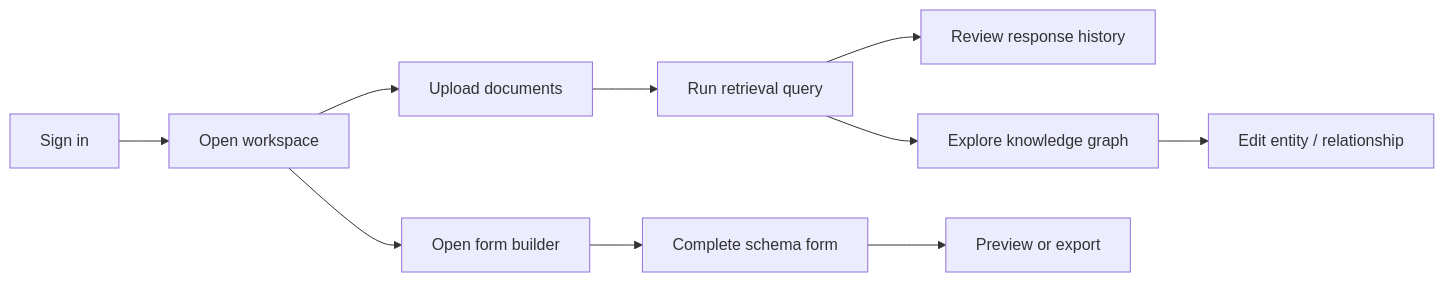
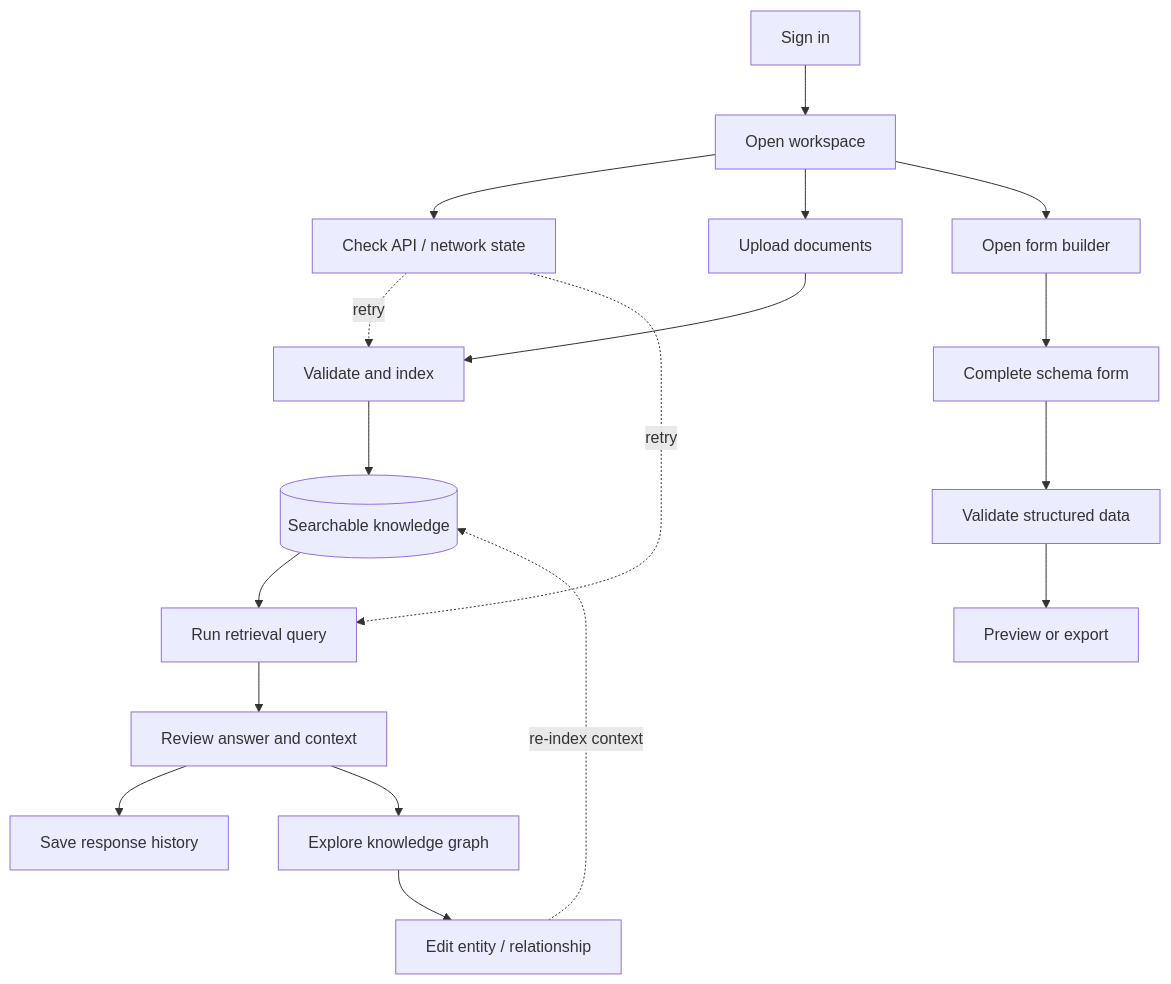
Before and after one commit to kajolmehra/nexus: the diagram in docs/USER-FLOWS.md, drawn with Mermaid. The commit also changed other lines of this file and 1 other file, not shown here.

````diff
--- a/docs/USER-FLOWS.md
+++ b/docs/USER-FLOWS.md
@@ -3,12 +3,20 @@
 ```mermaid
-flowchart LR
+flowchart TB
     SignIn[Sign in] --> Workspace[Open workspace]
+    Workspace --> Health[Check API / network state]
     Workspace --> Upload[Upload documents]
-    Upload --> Retrieve[Run retrieval query]
-    Retrieve --> History[Review response history]
-    Retrieve --> Explore[Explore knowledge graph]
+    Upload --> Validate[Validate and index]
+    Validate --> Knowledge[(Searchable knowledge)]
+    Knowledge --> Retrieve[Run retrieval query]
+    Retrieve --> Answer[Review answer and context]
+    Answer --> History[Save response history]
+    Answer --> Explore[Explore knowledge graph]
     Explore --> Update[Edit entity / relationship]
+    Update -. re-index context .-> Knowledge
     Workspace --> Builder[Open form builder]
     Builder --> Fill[Complete schema form]
-    Fill --> Export[Preview or export]
+    Fill --> Check[Validate structured data]
+    Check --> Export[Preview or export]
+    Health -. retry .-> Validate
+    Health -. retry .-> Retrieve
 ```
````
